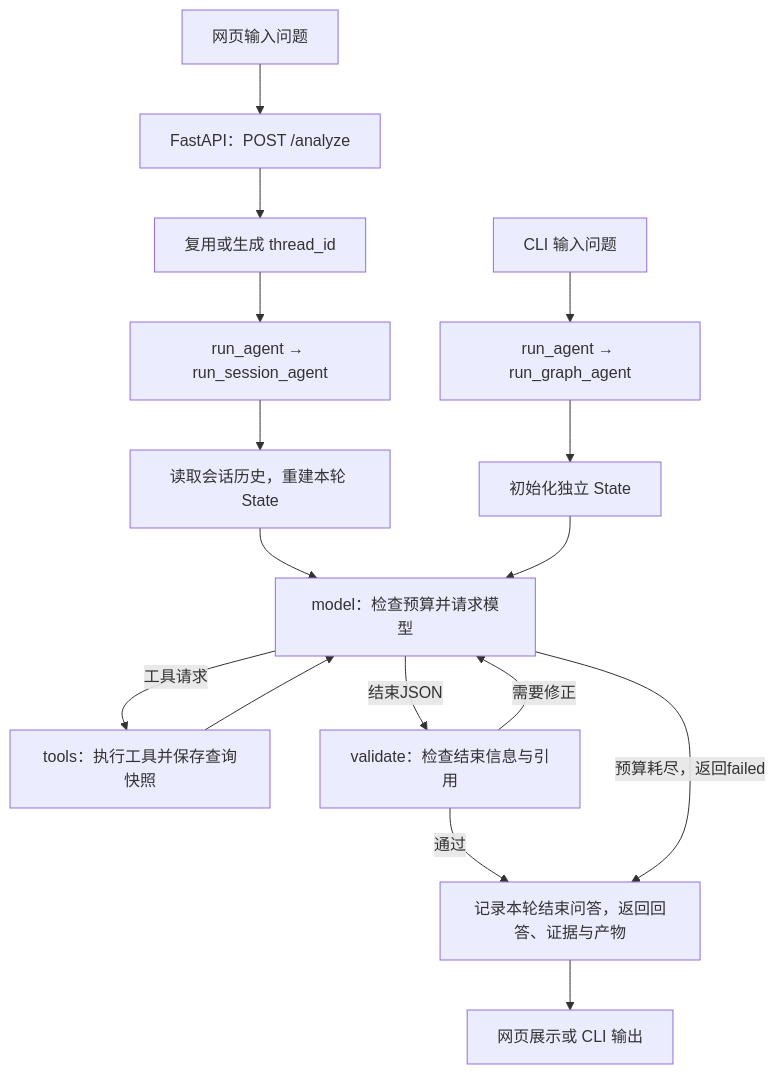
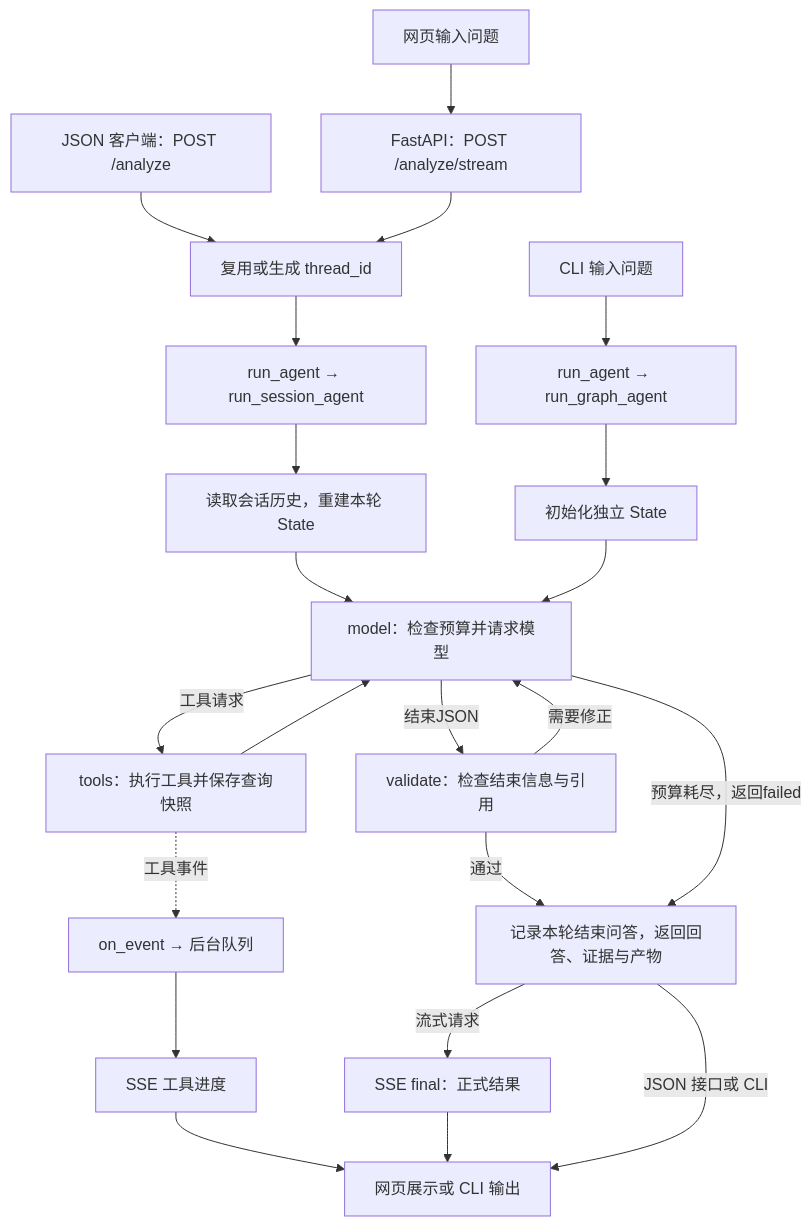
The diagram in README.md (Lishaoxin/business-analysis-agent), drawn with Mermaid before and after one commit. The commit also changed other lines of this file and 10 other files, not shown here.

Commit message:
feat: stream agent tool progress over SSE

````diff
--- a/README.md
+++ b/README.md
@@ -20,18 +22,24 @@
 ```mermaid
 flowchart TD
-    U["网页输入问题"] --> H["FastAPI：POST /analyze"]
+    U["网页输入问题"] --> H["FastAPI：POST /analyze/stream"]
+    J["JSON 客户端：POST /analyze"] --> S
     H --> S["复用或生成 thread_id"]
     S --> A["run_agent → run_session_agent"]
     A --> N["读取会话历史，重建本轮 State"]
     C["CLI 输入问题"] --> I["run_agent → run_graph_agent"]
     I --> N0["初始化独立 State"]
     N --> M["model：检查预算并请求模型"]
     N0 --> M
     M -->|工具请求| T["tools：执行工具并保存查询快照"]
     T --> M
+    T -.工具事件.-> E["on_event → 后台队列"]
+    E --> P["SSE 工具进度"]
+    P --> D
     M -->|结束JSON| V["validate：检查结束信息与引用"]
     V -->|需要修正| M
     V -->|通过| R["记录本轮结束问答，返回回答、证据与产物"]
     M -->|预算耗尽，返回failed| R
-    R --> D["网页展示或 CLI 输出"]
+    R -->|流式请求| F["SSE final：正式结果"]
+    F --> D["网页展示或 CLI 输出"]
+    R -->|JSON 接口或 CLI| D
 ```
````
